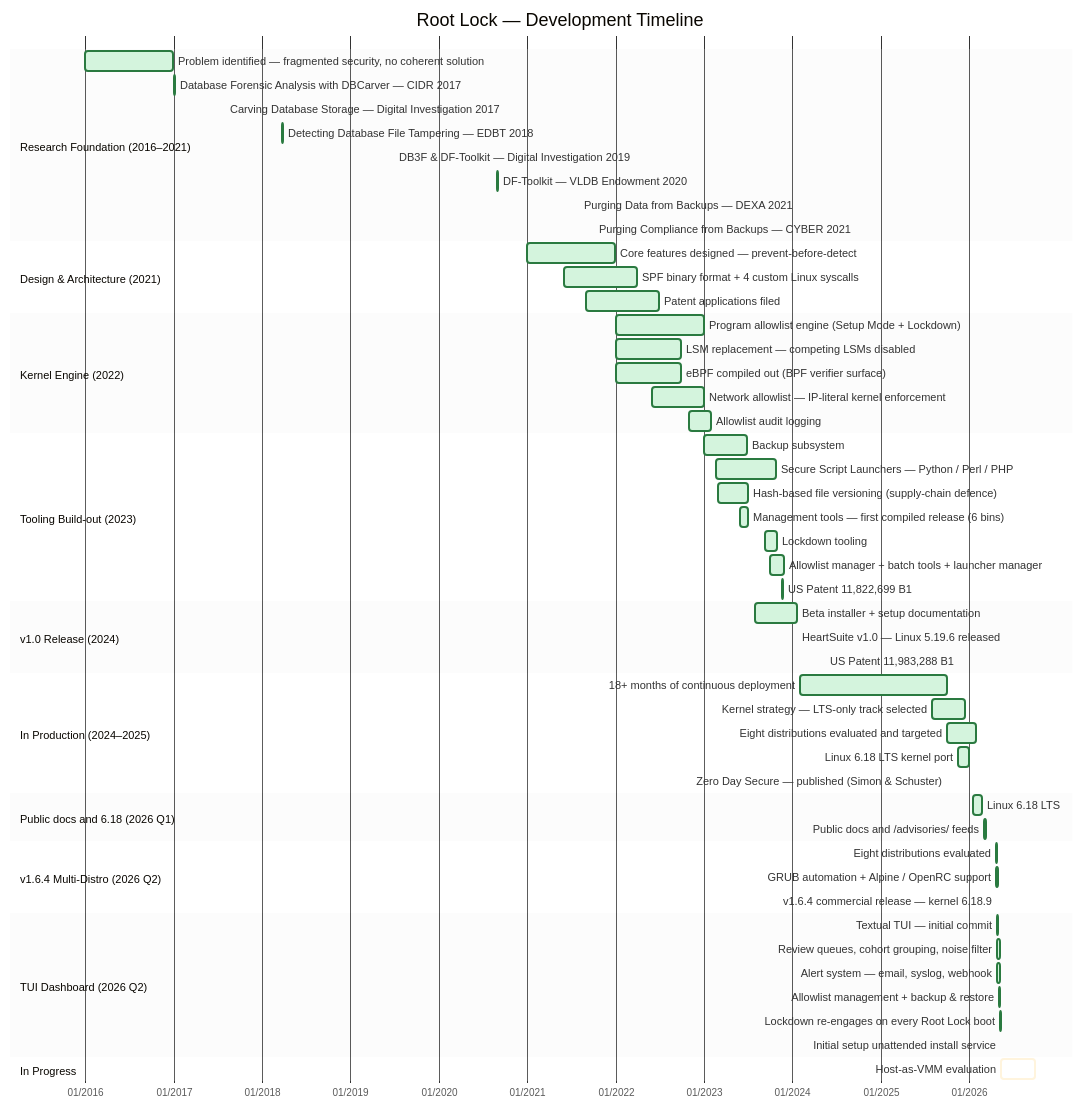
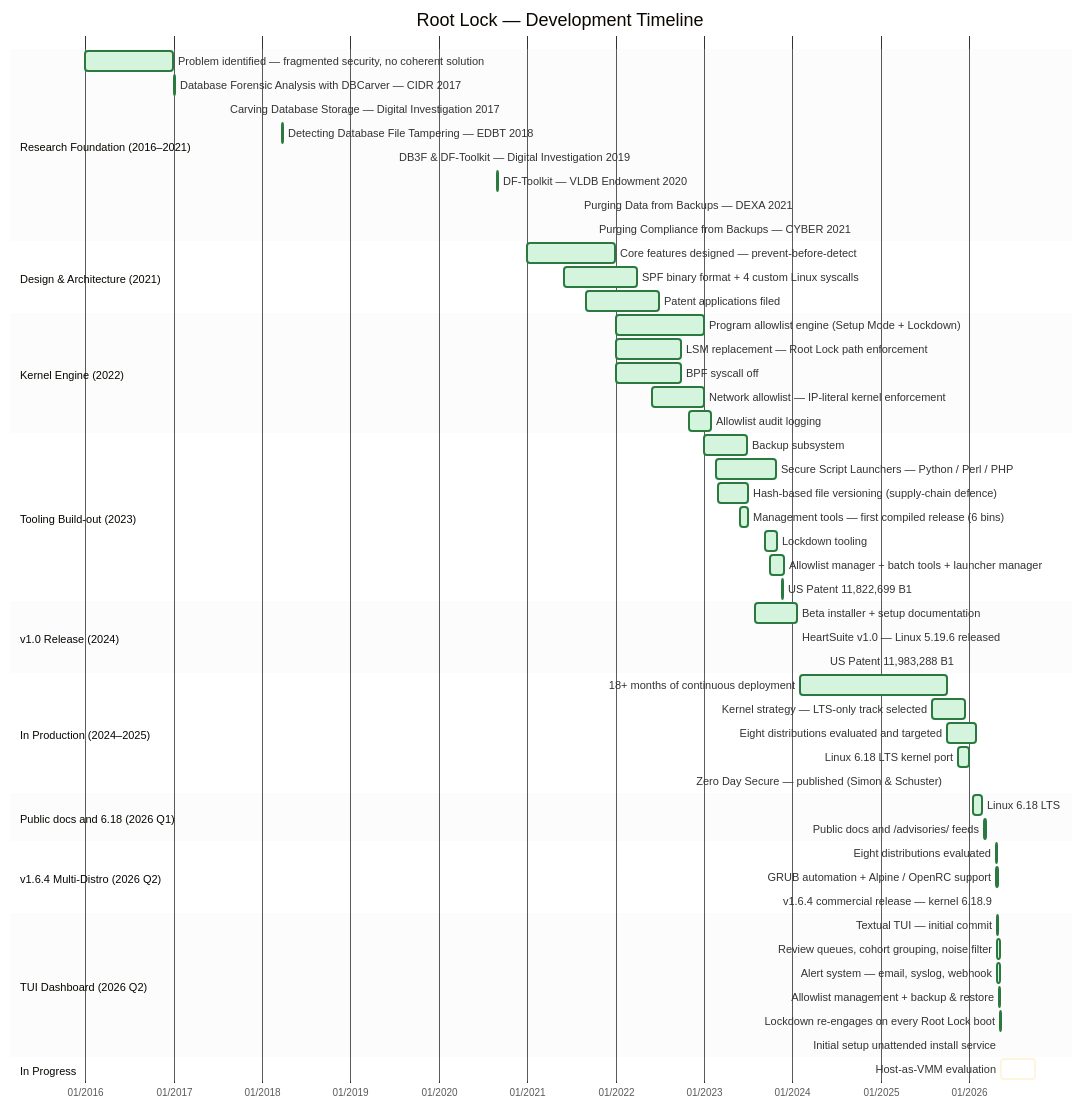
Before and after one commit to HeartSecuritySuite/heartsuite-docs: the diagram in content/en/rootlock/roadmap/_index.md, drawn with Mermaid. The commit also changed other lines of this file and 13 other files, not shown here.

````diff
--- a/content/en/rootlock/roadmap/_index.md
+++ b/content/en/rootlock/roadmap/_index.md
@@ -30,70 +30,70 @@
 ```mermaid
 %%{init: {'theme':'base', 'themeVariables': {'doneTaskBkgColor':'#d4f4dd','doneTaskBorderColor':'#2a7a40','sectionBkgColor':'#eee','sectionBkgColor2':'#eee','taskBkgColor':'#eee','taskBorderColor':'#888','gridColor':'#888'}}}%%
 gantt
     title Root Lock — Development Timeline
     dateFormat YYYY-MM-DD
     axisFormat %m/%Y
 
     section Research Foundation (2016–2021)
     Problem identified — fragmented security, no coherent solution :done, 2016-01-01, 2016-12-31
     Database Forensic Analysis with DBCarver — CIDR 2017         :done, 2017-01-04, 2017-01-05
     Carving Database Storage — Digital Investigation 2017        :done, 2017-08-01, 2017-08-02
     Detecting Database File Tampering — EDBT 2018                :done, 2018-03-26, 2018-03-27
     DB3F & DF-Toolkit — Digital Investigation 2019               :done, 2019-07-01, 2019-07-02
     DF-Toolkit — VLDB Endowment 2020                             :done, 2020-08-31, 2020-09-01
     Purging Data from Backups — DEXA 2021                        :done, 2021-08-01, 2021-08-02
     Purging Compliance from Backups — CYBER 2021                 :done, 2021-10-03, 2021-10-04
 
     section Design & Architecture (2021)
     Core features designed — prevent-before-detect     :done, 2021-01-01, 2021-12-31
     SPF binary format + 4 custom Linux syscalls        :done, 2021-06-01, 2022-03-31
     Patent applications filed                          :done, 2021-09-01, 2022-06-30
 
     section Kernel Engine (2022)
     Program allowlist engine (Setup Mode + Lockdown)   :done, 2022-01-01, 2022-12-31
-    LSM replacement — competing LSMs disabled          :done, 2022-01-01, 2022-09-30
-    eBPF compiled out (BPF verifier surface)           :done, 2022-01-01, 2022-09-30
+    LSM replacement — Root Lock path enforcement       :done, 2022-01-01, 2022-09-30
+    BPF syscall off                                    :done, 2022-01-01, 2022-09-30
     Network allowlist — IP-literal kernel enforcement  :done, 2022-06-01, 2022-12-31
     Allowlist audit logging                            :done, 2022-11-01, 2023-01-31
 
     section Tooling Build-out (2023)
     Backup subsystem                                  :done, 2023-01-01, 2023-06-30
     Secure Script Launchers — Python / Perl / PHP     :done, 2023-02-20, 2023-10-25
     Hash-based file versioning (supply-chain defence) :done, 2023-03-01, 2023-07-01
     Management tools — first compiled release (6 bins) :done, 2023-06-01, 2023-07-01
     Lockdown tooling                                  :done, 2023-09-11, 2023-10-31
     Allowlist manager + batch tools + launcher manager :done, 2023-10-01, 2023-11-30
     US Patent 11,822,699 B1                           :done, 2023-11-21, 2023-11-22
 
     section v1.0 Release (2024)
     Beta installer + setup documentation              :done, 2023-07-31, 2024-01-20
     HeartSuite v1.0 — Linux 5.19.6 released           :done, 2024-01-20, 2024-01-21
     US Patent 11,983,288 B1                           :done, 2024-05-14, 2024-05-15
 
     section In Production (2024–2025)
     18+ months of continuous deployment        :done, 2024-02-01, 2025-09-30
     Kernel strategy — LTS-only track selected         :done, 2025-08-01, 2025-12-15
     Eight distributions evaluated and targeted        :done, 2025-10-01, 2026-01-31
     Linux 6.18 LTS kernel port                        :done, 2025-11-15, 2025-12-31
     Zero Day Secure — published (Simon & Schuster)    :done, 2025-10-01, 2025-10-02
 
     section Public docs and 6.18 (2026 Q1)
     Linux 6.18 LTS          :done, 2026-01-15, 2026-02-24
     Public docs and /advisories/ feeds                :done, 2026-03-05, 2026-03-12
 
     section v1.6.4 Multi-Distro (2026 Q2)
     Eight distributions evaluated                     :done, 2026-04-22, 2026-04-26
     GRUB automation + Alpine / OpenRC support         :done, 2026-04-23, 2026-04-29
     v1.6.4 commercial release — kernel 6.18.9         :done, 2026-04-26, 2026-04-27
 
     section TUI Dashboard (2026 Q2)
     Textual TUI — initial commit                      :done, 2026-04-28, 2026-04-29
     Review queues, cohort grouping, noise filter      :done, 2026-04-28, 2026-05-07
     Alert system — email, syslog, webhook             :done, 2026-04-28, 2026-05-07
     Allowlist management + backup & restore           :done, 2026-05-04, 2026-05-10
     Lockdown re-engages on every Root Lock boot       :done, 2026-05-07, 2026-05-12
     Initial setup unattended install service          :done, 2026-05-12, 2026-05-14
 
     section In Progress
     Host-as-VMM evaluation                            :active, 2026-05-14, 2026-09-30
 ```
````
